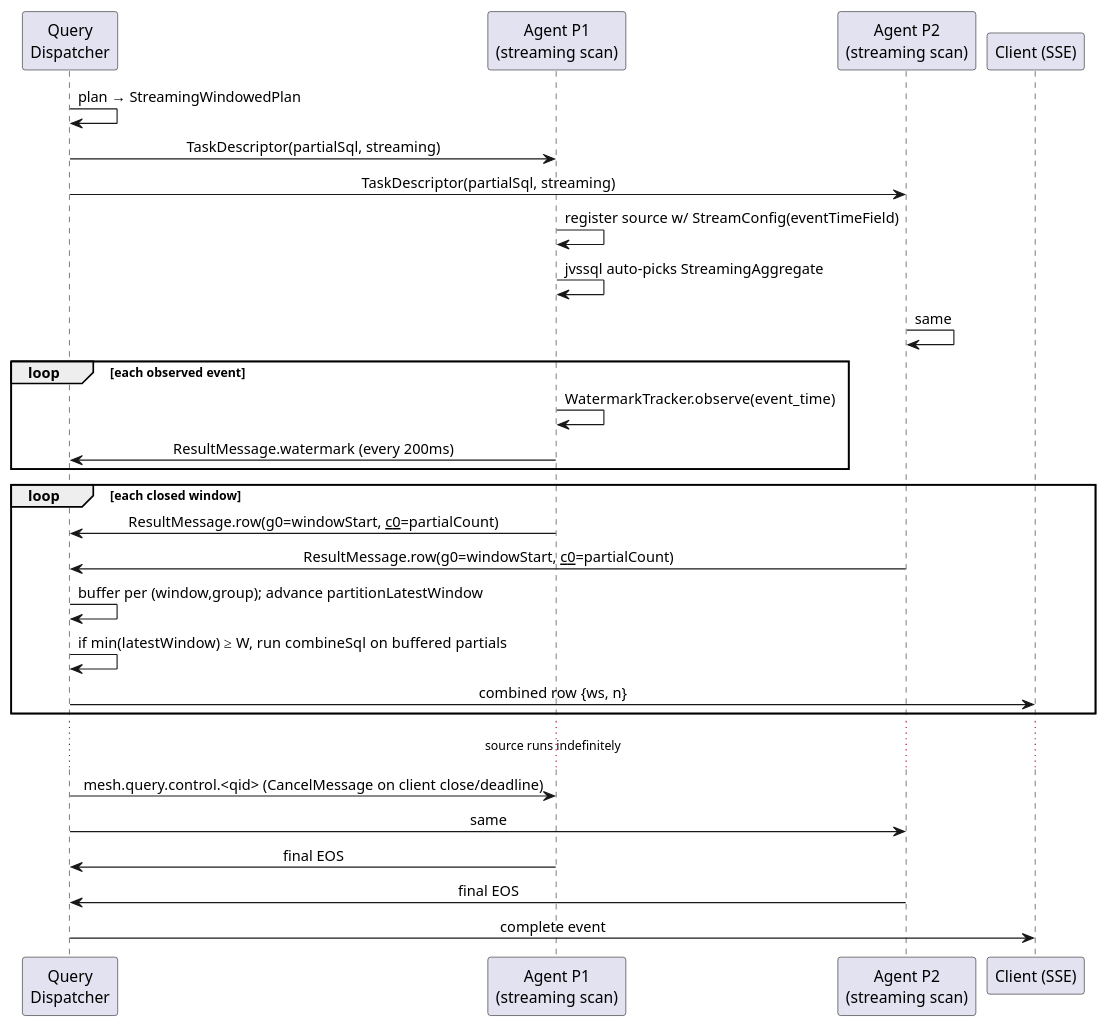
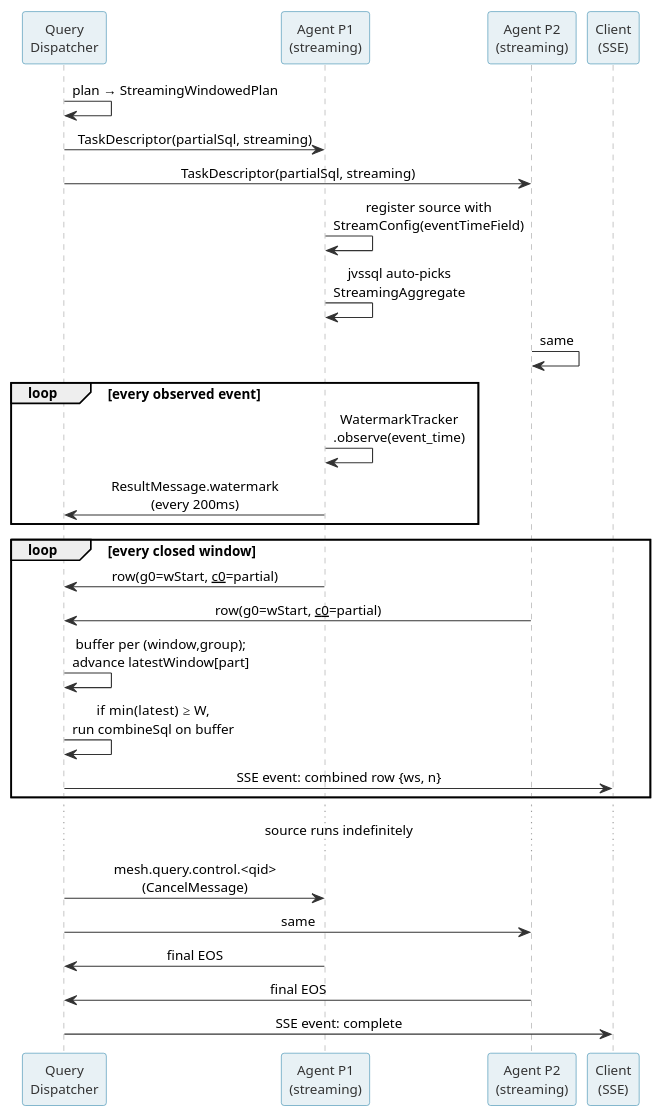
The sixth of 10 diagrams in docs/user-guide/mesh-user-guide.adoc (geekychris/hitorro-mesh-core), drawn with PlantUML before and after one commit. The commit also changed other lines of this file, not shown here.

```diff
--- a/docs/user-guide/mesh-user-guide.adoc
+++ b/docs/user-guide/mesh-user-guide.adoc
@@ -387,42 +621,53 @@
 [plantuml, streaming-windowed, svg]
 ....
 @startuml
-skinparam sequenceMessageAlign center
 skinparam backgroundColor transparent
 skinparam defaultFontName Helvetica
+skinparam defaultFontSize 12
+skinparam sequenceMessageAlign center
+skinparam shadowing false
+skinparam ArrowColor #333
+skinparam sequence {
+  ParticipantBackgroundColor #E8F1F5
+  ParticipantBorderColor #2E86AB
+  ParticipantFontColor #333
+  LifeLineBackgroundColor #F5F5F5
+  LifeLineBorderColor #999
+}
 
 participant "Query\nDispatcher" as D
-participant "Agent P1\n(streaming scan)" as P1
-participant "Agent P2\n(streaming scan)" as P2
+participant "Agent P1\n(streaming)" as P1
+participant "Agent P2\n(streaming)" as P2
+participant "Client\n(SSE)" as C
 
 D -> D : plan → StreamingWindowedPlan
 D -> P1 : TaskDescriptor(partialSql, streaming)
 D -> P2 : TaskDescriptor(partialSql, streaming)
 
-P1 -> P1 : register source w/ StreamConfig(eventTimeField)
-P1 -> P1 : jvssql auto-picks StreamingAggregate
+P1 -> P1 : register source with\nStreamConfig(eventTimeField)
+P1 -> P1 : jvssql auto-picks\nStreamingAggregate
 P2 -> P2 : same
 
-loop each observed event
-  P1 -> P1 : WatermarkTracker.observe(event_time)
-  P1 -> D : ResultMessage.watermark (every 200ms)
+loop every observed event
+  P1 -> P1 : WatermarkTracker\n.observe(event_time)
+  P1 -> D : ResultMessage.watermark\n(every 200ms)
 end
 
-loop each closed window
-  P1 -> D : ResultMessage.row(g0=windowStart, __c0__=partialCount)
-  P2 -> D : ResultMessage.row(g0=windowStart, __c0__=partialCount)
-  D -> D : buffer per (window,group); advance partitionLatestWindow
-  D -> D : if min(latestWindow) ≥ W, run combineSql on buffered partials
-  D -> "Client (SSE)" : combined row {ws, n}
+loop every closed window
+  P1 -> D : row(g0=wStart, __c0__=partial)
+  P2 -> D : row(g0=wStart, __c0__=partial)
+  D -> D : buffer per (window,group);\nadvance latestWindow[part]
+  D -> D : if min(latest) ≥ W,\nrun combineSql on buffer
+  D -> C : SSE event: combined row {ws, n}
 end
 
 ... source runs indefinitely ...
 
-D -> P1 : mesh.query.control.<qid> (CancelMessage on client close/deadline)
+D -> P1 : mesh.query.control.<qid>\n(CancelMessage)
 D -> P2 : same
 P1 -> D : final EOS
 P2 -> D : final EOS
-D -> "Client (SSE)" : complete event
+D -> C : SSE event: complete
 
 @enduml
 ....
```
